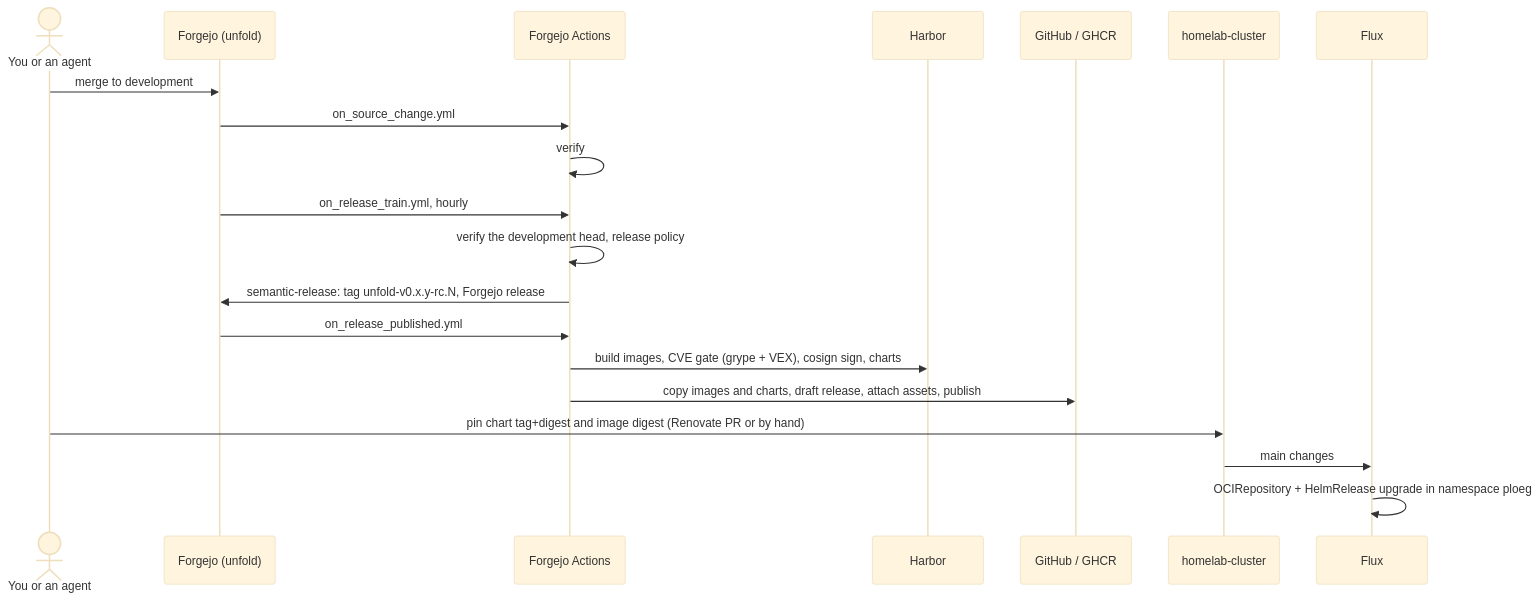
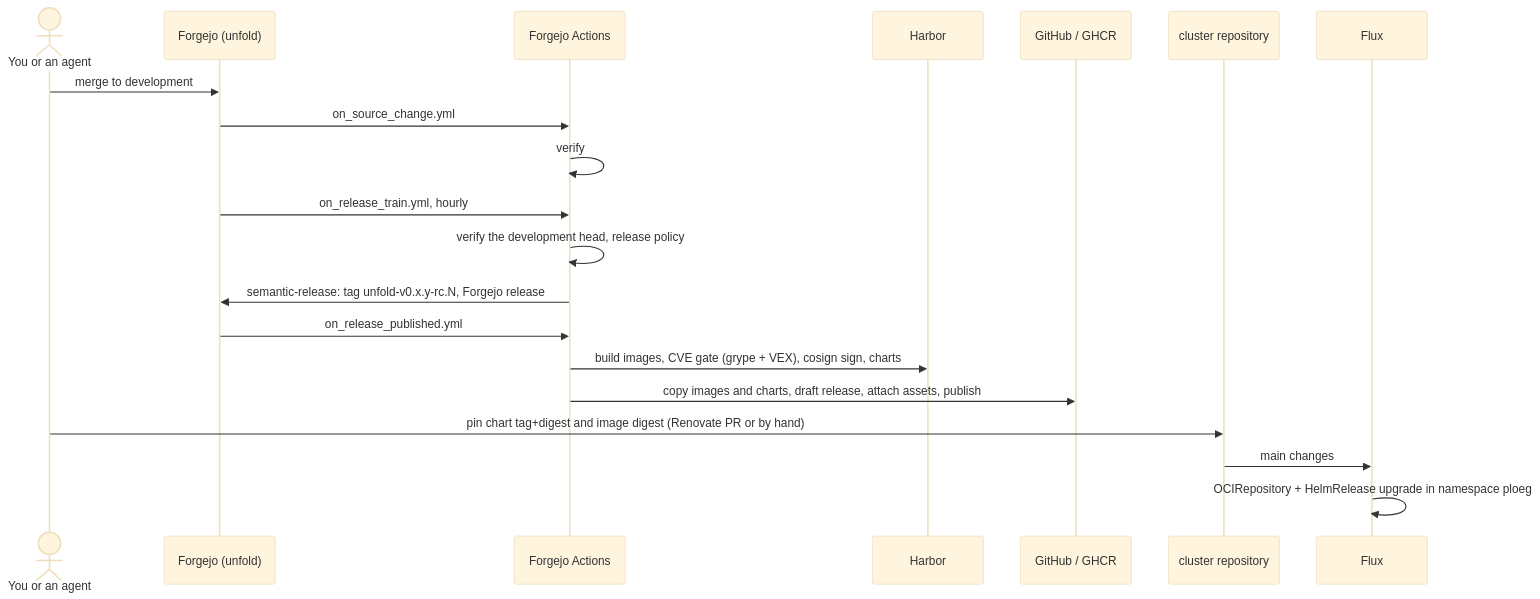
Before and after one commit to webgrip/unfold: the second of 5 diagrams in docs/concepts/journeys.md, drawn with Mermaid (base theme). The commit also changed other lines of this file and 100 other files, not shown here.

````diff
--- a/docs/concepts/journeys.md
+++ b/docs/concepts/journeys.md
@@ -70,22 +70,22 @@
 ```mermaid
 sequenceDiagram
     actor Dev as You or an agent
     participant FJ as Forgejo (unfold)
     participant CI as Forgejo Actions
     participant H as Harbor
     participant GH as GitHub / GHCR
-    participant HC as homelab-cluster
+    participant HC as cluster repository
     participant Flux
     Dev->>FJ: merge to development
     FJ->>CI: on_source_change.yml
     CI->>CI: verify
     FJ->>CI: on_release_train.yml, hourly
     CI->>CI: verify the development head, release policy
     CI->>FJ: semantic-release: tag unfold-v0.x.y-rc.N, Forgejo release
     FJ->>CI: on_release_published.yml
     CI->>H: build images, CVE gate (grype + VEX), cosign sign, charts
     CI->>GH: copy images and charts, draft release, attach assets, publish
     Dev->>HC: pin chart tag+digest and image digest (Renovate PR or by hand)
     HC->>Flux: main changes
     Flux->>Flux: OCIRepository + HelmRelease upgrade in namespace ploeg
 ```
````
